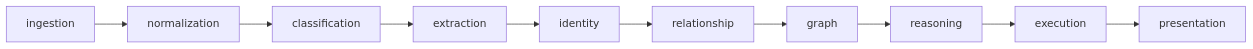
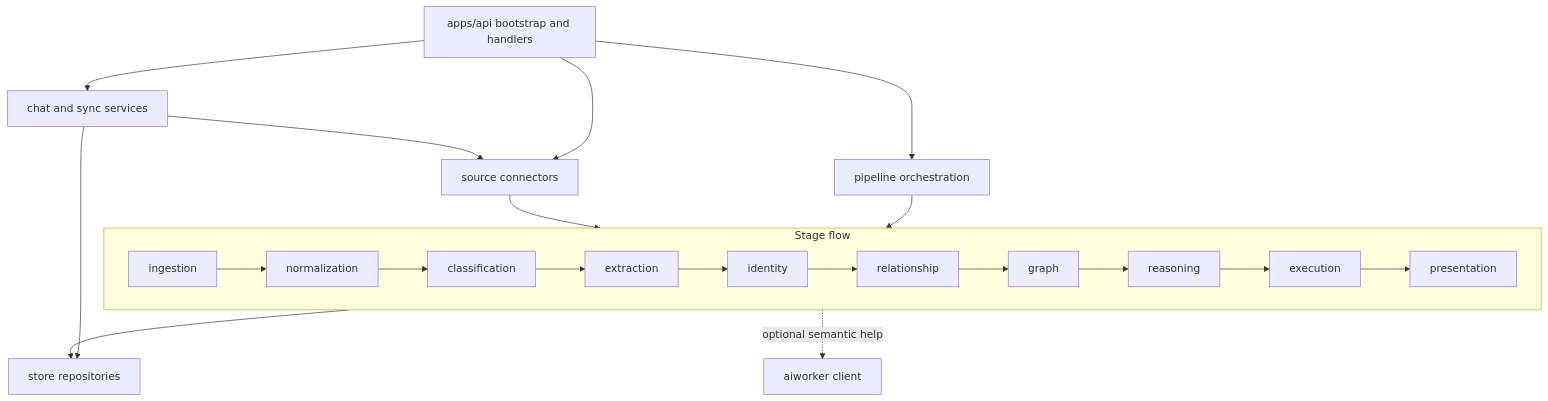
The diagram in internal/README.md (sx-tane/context-os), drawn with Mermaid before and after one commit. The commit also changed other lines of this file and 133 other files, not shown here.

First line of the commit message:
Add AI worker client tests and refactor local setup scripts

````diff
--- a/internal/README.md
+++ b/internal/README.md
@@ -13,12 +20,32 @@
 ```mermaid
-flowchart LR
-	ING[ingestion] --> NORM[normalization]
-	NORM --> CLS[classification]
-	CLS --> EXT[extraction]
-	EXT --> ID[identity]
-	ID --> REL[relationship]
-	REL --> G[graph]
-	G --> REAS[reasoning]
-	REAS --> EXEC[execution]
-	EXEC --> PRES[presentation]
+flowchart TD
+  api[apps/api bootstrap and handlers]
+  sources[source connectors]
+  runtime[chat and sync services]
+  stores[store repositories]
+  worker[aiworker client]
+  orchestrator[pipeline orchestration]
+
+  api --> sources
+  api --> runtime
+  api --> orchestrator
+  runtime --> sources
+  runtime --> stores
+  orchestrator --> ingestionStage
+  sources --> ingestionStage
+  graphStage --> stores
+  identityStage -. optional semantic help .-> worker
+
+  subgraph stages[Stage flow]
+    direction LR
+    ingestionStage[ingestion] --> normalizationStage[normalization]
+    normalizationStage --> classificationStage[classification]
+    classificationStage --> extractionStage[extraction]
+    extractionStage --> identityStage[identity]
+    identityStage --> relationshipStage[relationship]
+    relationshipStage --> graphStage[graph]
+    graphStage --> reasoningStage[reasoning]
+    reasoningStage --> executionStage[execution]
+    executionStage --> presentationStage[presentation]
+  end
 ```
````
